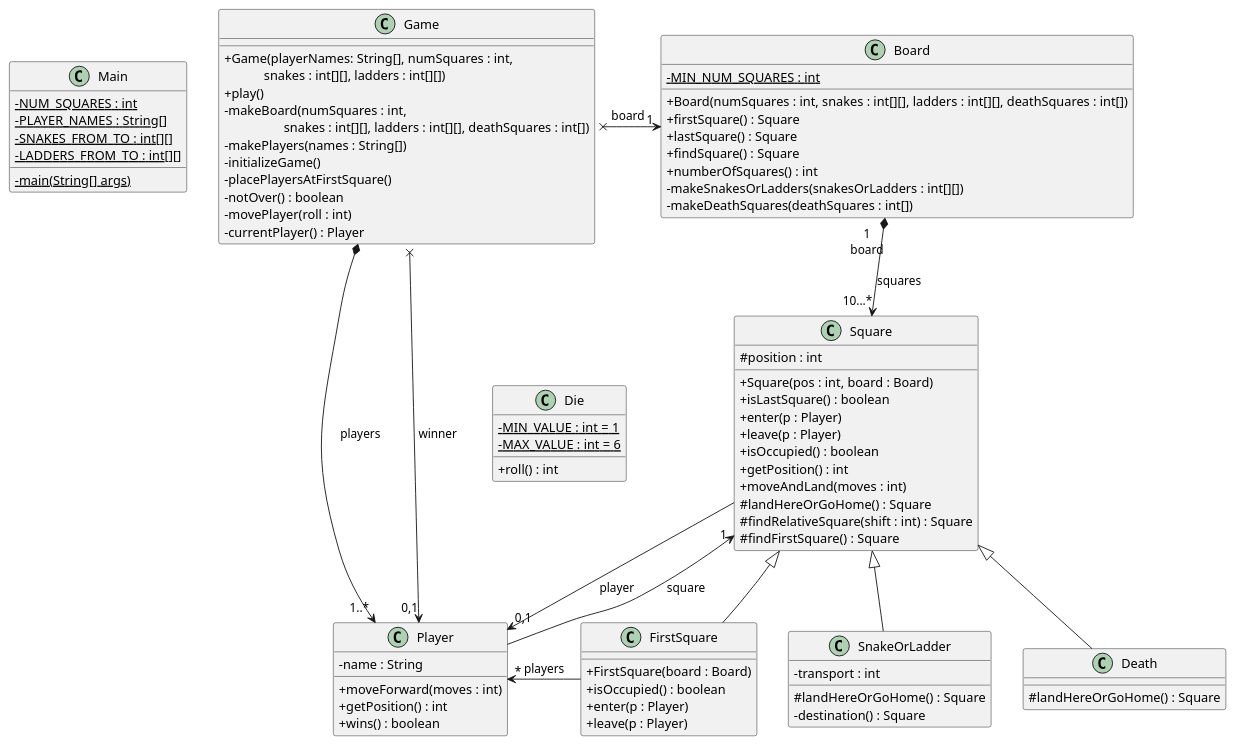
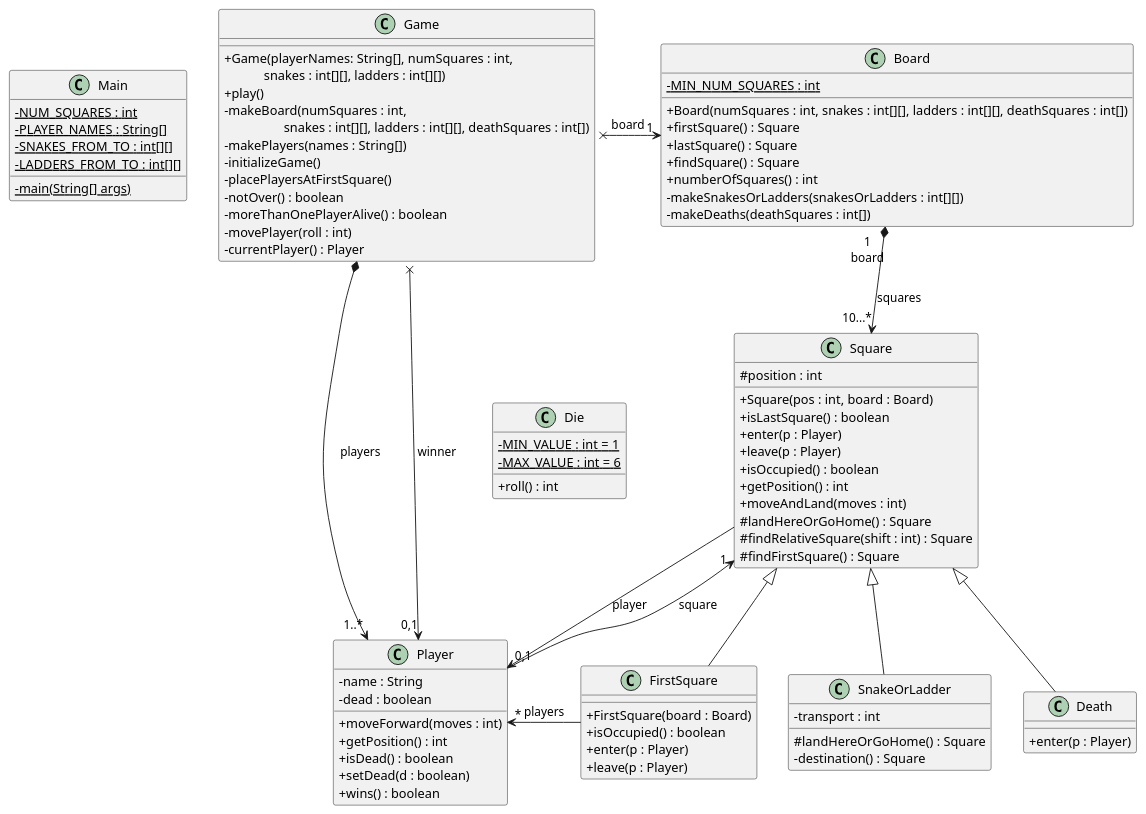
The diagram in src/snakesAndLadders.puml (leonhrt/snakes_and_ladders), drawn with PlantUML before and after one commit. The commit also changed 8 other files, not shown here.

```diff
--- a/src/snakesAndLadders.puml
+++ b/src/snakesAndLadders.puml
@@ -1,93 +1,97 @@
 @startuml 
 skinparam classAttributeIconSize 0
 ' this is to use the standard notation for public, protected, private
 
 class Main {
 - {static} NUM_SQUARES : int
 - {static} PLAYER_NAMES : String[]
 - {static} SNAKES_FROM_TO : int[][]
 - {static} LADDERS_FROM_TO : int[][]
 - {static} main(String[] args)
 }
 
 class Game {
     + Game(playerNames: String[], numSquares : int, \n\t    snakes : int[][], ladders : int[][])
     + play()
     - makeBoard(numSquares : int, \n\t\t  snakes : int[][], ladders : int[][], deathSquares : int[])
     - makePlayers(names : String[])
     - initializeGame()
     - placePlayersAtFirstSquare()
     - notOver() : boolean
+    - moreThanOnePlayerAlive() : boolean
     - movePlayer(roll : int)
     - currentPlayer() : Player
 }
 
 class Board {
     - {static} MIN_NUM_SQUARES : int
     + Board(numSquares : int, snakes : int[][], ladders : int[][], deathSquares : int[])
     + firstSquare() : Square
     + lastSquare() : Square
     + findSquare() : Square
     + numberOfSquares() : int
     - makeSnakesOrLadders(snakesOrLadders : int[][])
-    - makeDeathSquares(deathSquares : int[])
+    - makeDeaths(deathSquares : int[])
 }
 
 class Die {
     - {static} MIN_VALUE : int = 1
     - {static} MAX_VALUE : int = 6
     + roll() : int
 }
 
 class Square {
     # position : int
     + Square(pos : int, board : Board)
     + isLastSquare() : boolean
     + enter(p : Player)
     + leave(p : Player)
     + isOccupied() : boolean
     + getPosition() : int
     + moveAndLand(moves : int)
     # landHereOrGoHome() : Square
     # findRelativeSquare(shift : int) : Square
     # findFirstSquare() : Square
 }
 
 class Player {
     - name : String
+    - dead : boolean
     + moveForward(moves : int)
     + getPosition() : int
+    + isDead() : boolean
+    + setDead(d : boolean)
     + wins() : boolean
 }
 
 class SnakeOrLadder extends Square {
     - transport : int
     # landHereOrGoHome() : Square
     - destination() : Square
 }
 
 class Death extends Square {
-    # landHereOrGoHome() : Square
+    + enter(p : Player)
 }
 
 class FirstSquare extends Square {
     + FirstSquare(board : Board)
     + isOccupied() : boolean
     + enter(p : Player)
     + leave(p : Player)
 }
 
 ' relative position of classes not related by association
 ' or composition with hidden arrows
 Main -[hidden]right-> Game
 Game -[hidden]down-> Die
 
 'associations
 Game x--right--> "1" Board : board
 Board "1\nboard" *-down-> "10...*" Square : squares
 Game *-down-> "1..*" Player : players
 Game x-down-> "0,1" Player : winner
 Square -down-> "0,1" Player : player
 Player -up-> "1" Square : square
 FirstSquare -left-> "*" Player : players
 @enduml
```
